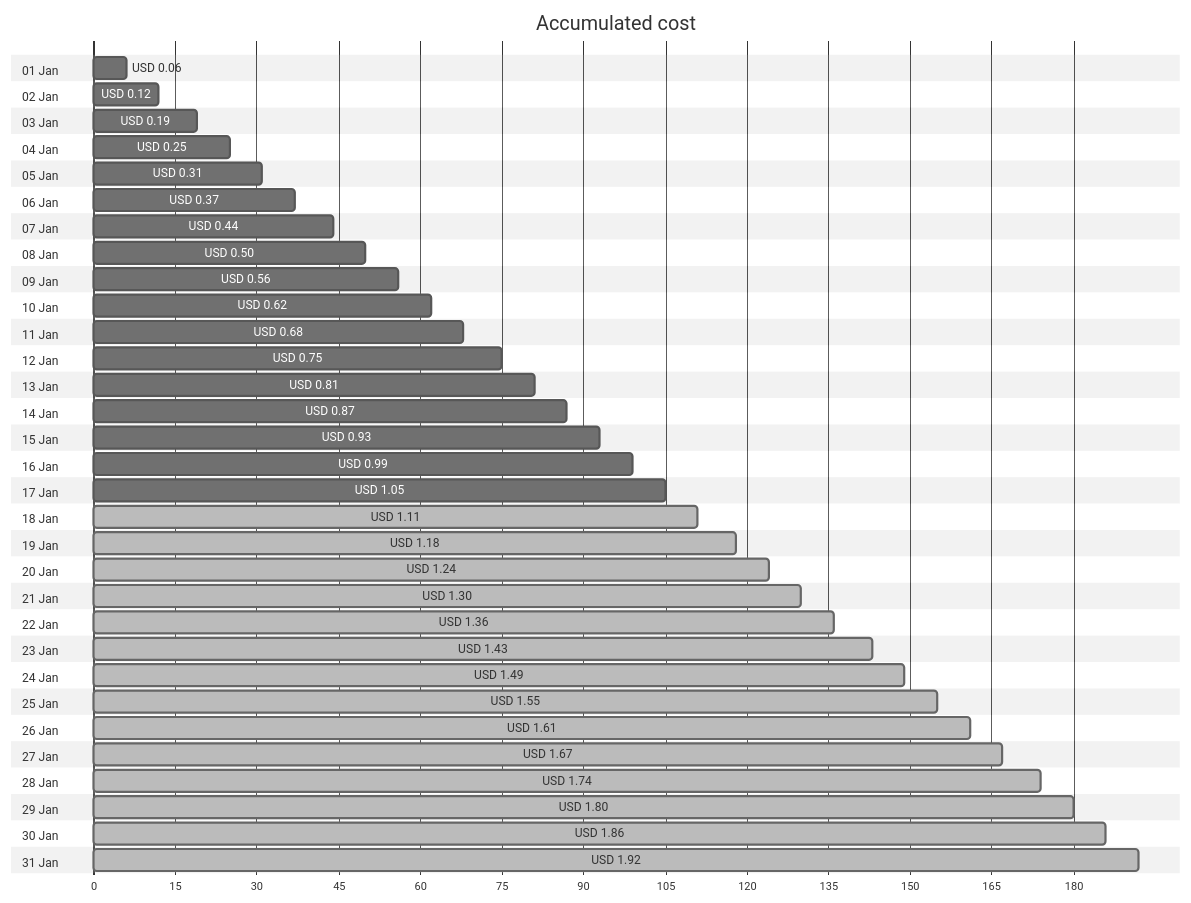
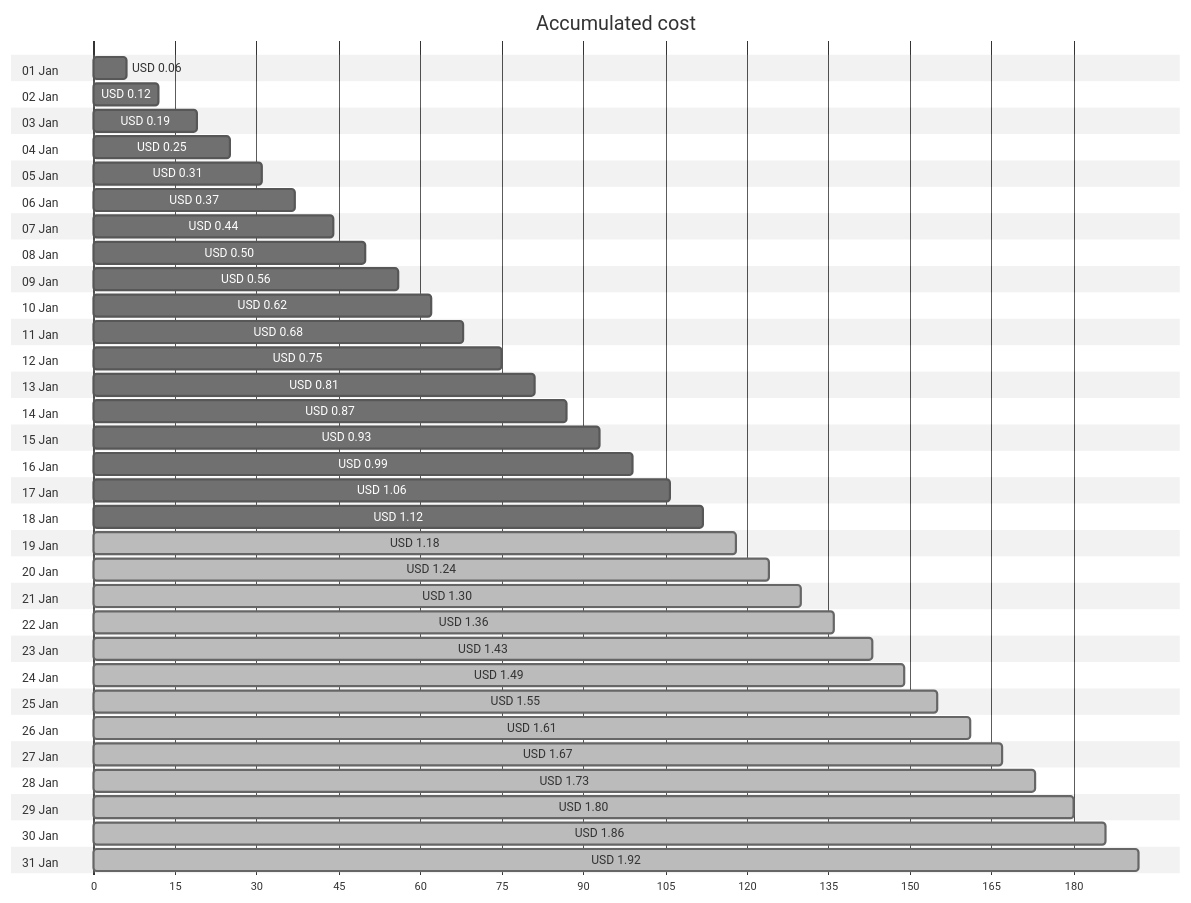
One commit to jpfulton/azure-personal-reports changed the first of 4 diagrams in cost-reports/personal-network/vpn-server_OsDisk.md. Above: the diagram before and after it, drawn with Mermaid (neutral theme). The commit also changed other lines of this file and 8 other files, not shown here.

````diff
--- a/cost-reports/personal-network/vpn-server_OsDisk.md
+++ b/cost-reports/personal-network/vpn-server_OsDisk.md
@@ -20,68 +20,68 @@
 ```mermaid
 gantt
    title Accumulated cost
    dateFormat  X
    axisFormat %s
    section 01 Jan
    USD 0.06 :0, 6
    section 02 Jan
    USD 0.12 :0, 12
    section 03 Jan
    USD 0.19 :0, 19
    section 04 Jan
    USD 0.25 :0, 25
    section 05 Jan
    USD 0.31 :0, 31
    section 06 Jan
    USD 0.37 :0, 37
    section 07 Jan
    USD 0.44 :0, 44
    section 08 Jan
    USD 0.50 :0, 50
    section 09 Jan
    USD 0.56 :0, 56
    section 10 Jan
    USD 0.62 :0, 62
    section 11 Jan
    USD 0.68 :0, 68
    section 12 Jan
    USD 0.75 :0, 75
    section 13 Jan
    USD 0.81 :0, 81
    section 14 Jan
    USD 0.87 :0, 87
    section 15 Jan
    USD 0.93 :0, 93
    section 16 Jan
    USD 0.99 :0, 99
    section 17 Jan
-   USD 1.05 :0, 105
+   USD 1.06 :0, 106
    section 18 Jan
-   USD 1.11 : done, 0, 111
+   USD 1.12 :0, 112
    section 19 Jan
    USD 1.18 : done, 0, 118
    section 20 Jan
    USD 1.24 : done, 0, 124
    section 21 Jan
    USD 1.30 : done, 0, 130
    section 22 Jan
    USD 1.36 : done, 0, 136
    section 23 Jan
    USD 1.43 : done, 0, 143
    section 24 Jan
    USD 1.49 : done, 0, 149
    section 25 Jan
    USD 1.55 : done, 0, 155
    section 26 Jan
    USD 1.61 : done, 0, 161
    section 27 Jan
    USD 1.67 : done, 0, 167
    section 28 Jan
-   USD 1.74 : done, 0, 174
+   USD 1.73 : done, 0, 173
    section 29 Jan
    USD 1.80 : done, 0, 180
    section 30 Jan
    USD 1.86 : done, 0, 186
    section 31 Jan
    USD 1.92 : done, 0, 192
 ```
````
